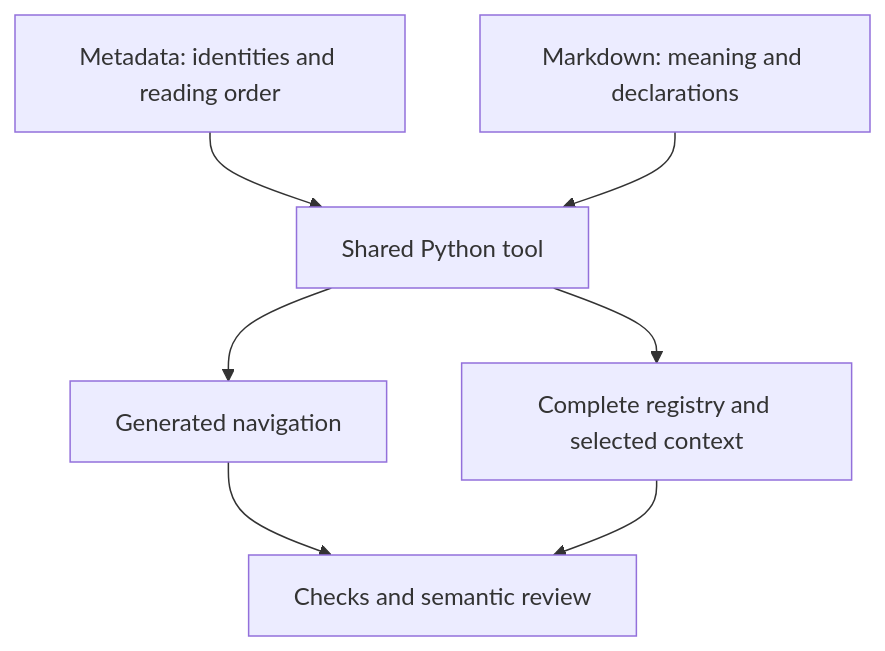
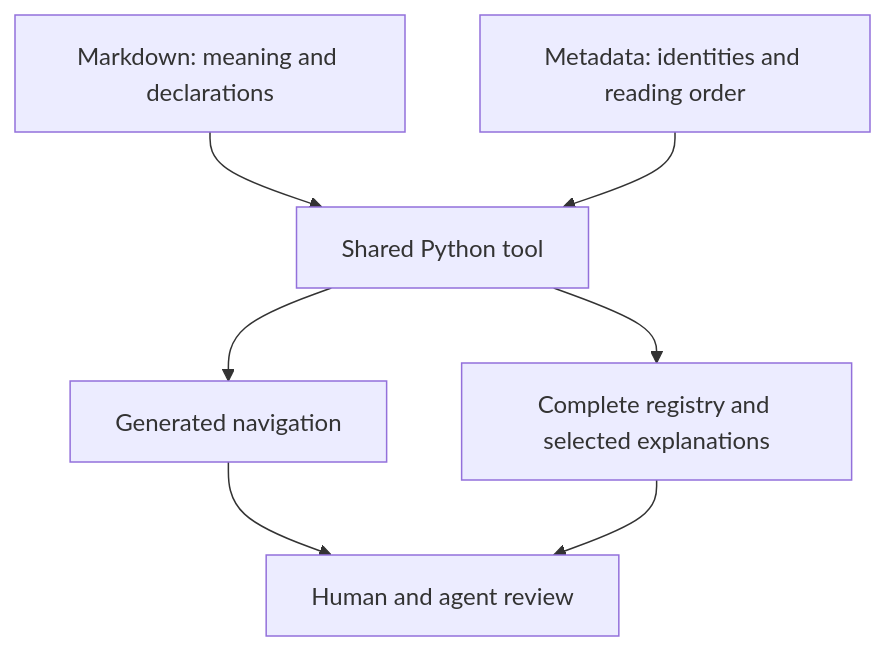
One commit to symbiotic-build/house-rules changed the diagram in docs/specs/spec-system/specification-and-design-document-system.md. Above: the diagram before and after it, drawn with Mermaid. The commit also changed other lines of this file and 37 other files, not shown here.

````diff
--- a/docs/specs/spec-system/specification-and-design-document-system.md
+++ b/docs/specs/spec-system/specification-and-design-document-system.md
@@ -11,15 +8,9 @@
 ```mermaid
 flowchart TD
-    M["Metadata: identities and reading order"]
-    H["Markdown: meaning and declarations"]
-    C["Shared Python tool"]
-    N["Generated navigation"]
-    P["Complete registry and selected context"]
-    R["Checks and semantic review"]
-    M --> C
-    H --> C
-    C --> N
-    C --> P
-    N --> R
-    P --> R
+    A["Markdown: meaning and declarations"] --> C["Shared Python tool"]
+    B["Metadata: identities and reading order"] --> C
+    C --> D["Generated navigation"]
+    C --> E["Complete registry and selected explanations"]
+    D --> F["Human and agent review"]
+    E --> F
 ```
````
